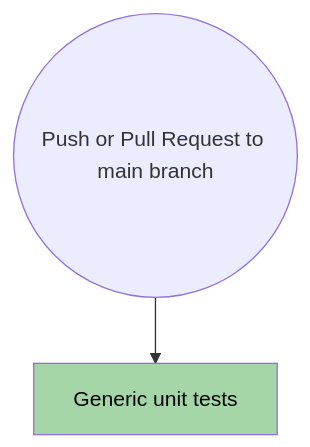
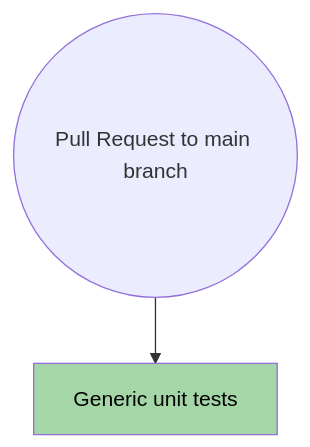
The second of 2 diagrams in README.md (Scorpieau/javascript-spa-simple), drawn with Mermaid before and after one commit.

Commit message:
Correct mermaid chart

````diff
--- a/README.md
+++ b/README.md
@@ -97,6 +97,6 @@
 ```mermaid
 flowchart TD
-    T((Push or Pull Request to main branch))
+    T((Pull Request to main branch))
     T --> D[Generic unit tests]
     style D fill:#a5d6a7,color:#000
 ```
````
